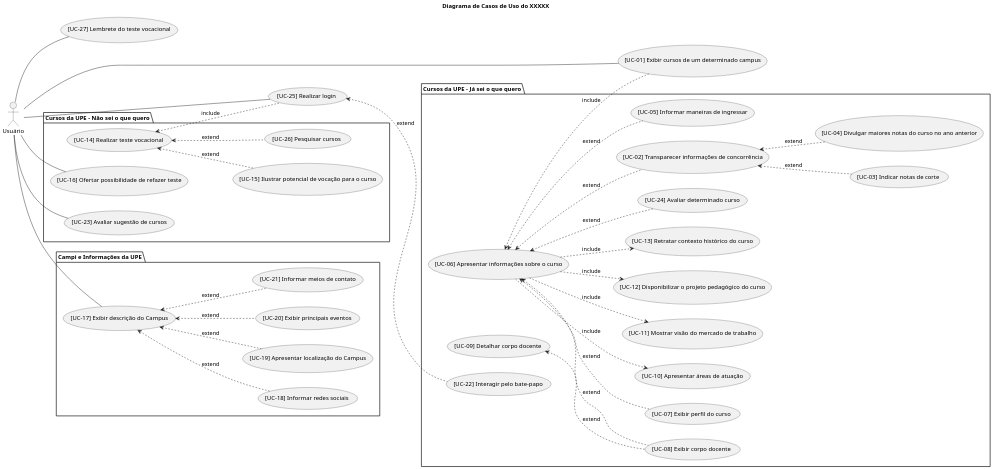
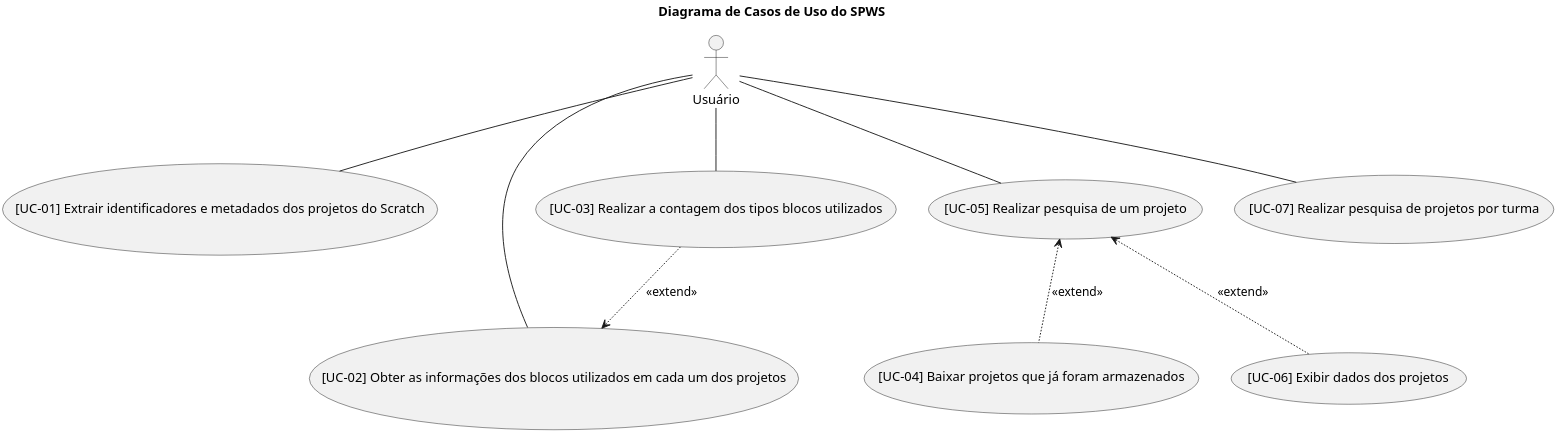
The diagram in pages/C1. Visão Geral/C2. Sistema/C3. Algoritmo e Solução/C4. Visão de Caso de Uso/[PUML] Casos de Uso.puml (MurylloEx/ml-scratch-webcrawler-docs), drawn with PlantUML before and after one commit. The commit also changed 3 other files, not shown here.

Commit message:
docs: added C1, C2, C3 and use case diagrams

```diff
--- a/pages/C1. Visão Geral/C2. Sistema/C3. Algoritmo e Solução/C4. Visão de Caso de Uso/[PUML] Casos de Uso.puml
+++ b/pages/C1. Visão Geral/C2. Sistema/C3. Algoritmo e Solução/C4. Visão de Caso de Uso/[PUML] Casos de Uso.puml
@@ -1,85 +1,30 @@
 @startuml "Use Case Diagram"
 
-title "Diagrama de Casos de Uso do XXXXX"
-
-left to right direction
+title "Diagrama de Casos de Uso do SPWS"
 
 skinparam Style strictuml
 
 scale 2048 width
 scale 2048 height
 
 actor "Usuário" as USER
 
-usecase "[UC-27] Lembrete do teste vocacional"                      as UC27
-usecase "[UC-01] Exibir cursos de um determinado campus"            as UC01
-usecase "[UC-25] Realizar login"                                    as UC25
+usecase "[UC-01] Extrair identificadores e metadados dos projetos do Scratch"         as UC01
+usecase "[UC-02] Obter as informações dos blocos utilizados em cada um dos projetos"  as UC02
+usecase "[UC-03] Realizar a contagem dos tipos blocos utilizados"                     as UC03
+usecase "[UC-04] Baixar projetos que já foram armazenados"                            as UC04
+usecase "[UC-05] Realizar pesquisa de um projeto"                                     as UC05
+usecase "[UC-06] Exibir dados dos projetos"                                           as UC06
+usecase "[UC-07] Realizar pesquisa de projetos por turma"                             as UC07
 
-package "Cursos da UPE - Não sei o que quero" {
-  usecase "[UC-14] Realizar teste vocacional"                       as UC14
-  usecase "[UC-15] Ilustrar potencial de vocação para o curso"      as UC15
-  usecase "[UC-16] Ofertar possibilidade de refazer teste"          as UC16
-  usecase "[UC-23] Avaliar sugestão de cursos"                      as UC23
-  usecase "[UC-26] Pesquisar cursos"                                as UC26
-}
+USER -- UC01
+USER -- UC02
+USER -- UC03
+USER -- UC05
+USER -- UC07
 
-package "Cursos da UPE - Já sei o que quero" {
-  usecase "[UC-02] Transparecer informações de concorrência"        as UC02
-  usecase "[UC-03] Indicar notas de corte"                          as UC03
-  usecase "[UC-04] Divulgar maiores notas do curso no ano anterior" as UC04
-  usecase "[UC-05] Informar maneiras de ingressar"                  as UC05
-  usecase "[UC-06] Apresentar informações sobre o curso"            as UC06
-  usecase "[UC-07] Exibir perfil do curso"                          as UC07
-  usecase "[UC-08] Exibir corpo docente"                            as UC08
-  usecase "[UC-09] Detalhar corpo docente"                          as UC09
-  usecase "[UC-10] Apresentar áreas de atuação"                     as UC10
-  usecase "[UC-11] Mostrar visão do mercado de trabalho"            as UC11
-  usecase "[UC-12] Disponibilizar o projeto pedagógico do curso"    as UC12
-  usecase "[UC-13] Retratar contexto histórico do curso"            as UC13
-  usecase "[UC-22] Interagir pelo bate-papo"                        as UC22
-  usecase "[UC-24] Avaliar determinado curso"                       as UC24
-}
-
-package "Campi e Informações da UPE" {
-  usecase "[UC-17] Exibir descrição do Campus"                      as UC17
-  usecase "[UC-18] Informar redes sociais"                          as UC18
-  usecase "[UC-19] Apresentar localização do Campus"                as UC19
-  usecase "[UC-20] Exibir principais eventos"                       as UC20
-  usecase "[UC-21] Informar meios de contato"                       as UC21
-}
-
-USER -- UC25
-USER -- UC01
-USER -- UC16
-USER -- UC27
-USER -- UC23
-USER -- UC17
-
-UC17 <.. UC18 : extend
-UC17 <.. UC19 : extend
-UC17 <.. UC20 : extend
-UC17 <.. UC21 : extend
-
-UC14 <.. UC15 : extend
-UC14 <.. UC26 : extend
-
-UC25 <.. UC22 : extend
-UC14 <.. UC25 : include
-
-UC06 <.. UC01 : include
-UC06 <.. UC05 : extend
-UC06 <.. UC02 : extend
-UC02 <.. UC03 : extend
-UC02 <.. UC04 : extend
-
-UC06 <.. UC24 : extend
-UC06 <.. UC07 : extend
-UC06 <.. UC08 : extend
-UC09 <.. UC08 : extend
-
-UC06 ..> UC10 : include
-UC06 ..> UC11 : include
-UC06 ..> UC12 : include
-UC06 ..> UC13 : include
+UC03 ..> UC02 : <<extend>>
+UC05 <.. UC06 : <<extend>>
+UC05 <.. UC04 : <<extend>>
 
 @enduml
```
